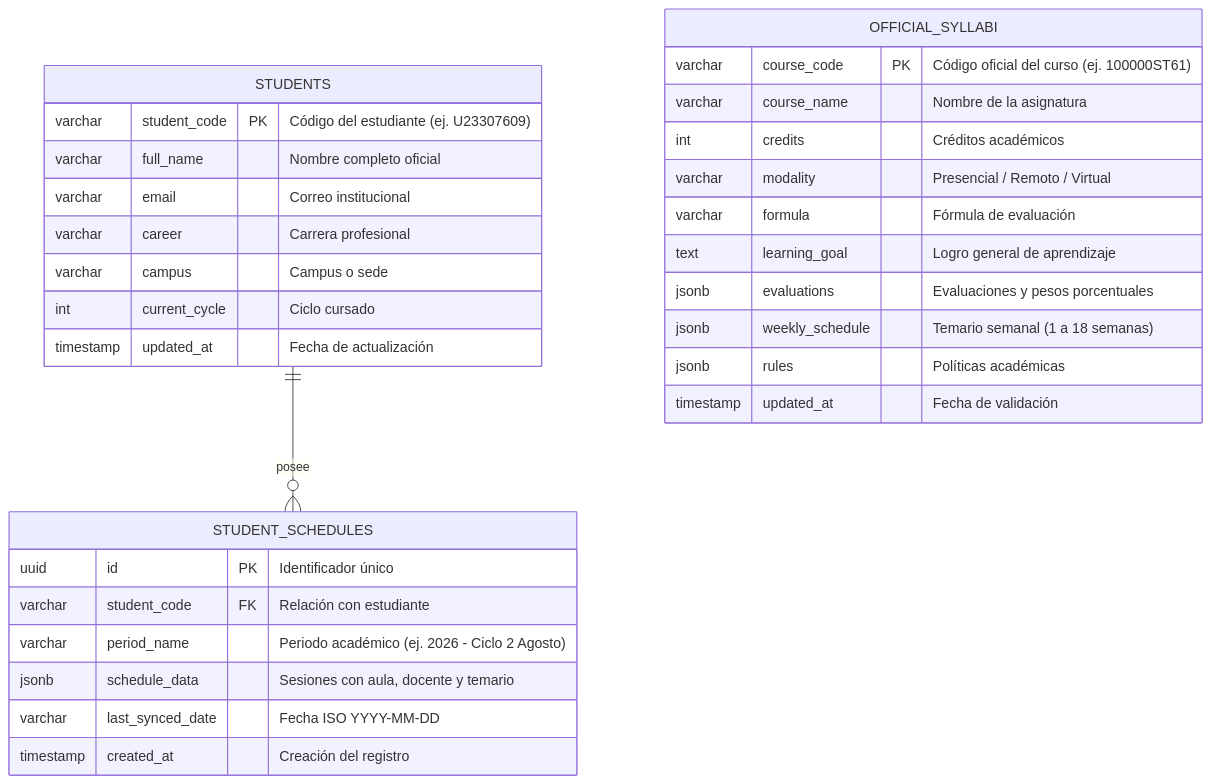
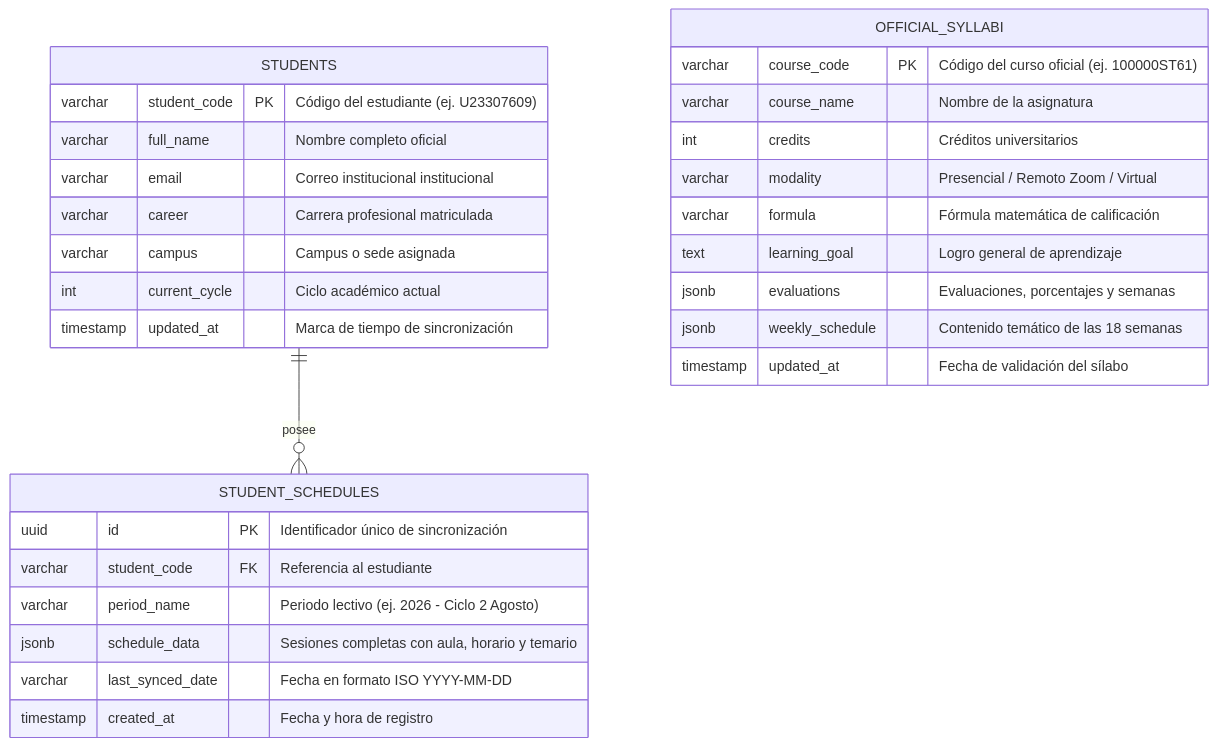
Before and after one commit to Joan2022Laurente/horarioInteligente: the eighth of 9 diagrams in INFORME_TECNICO_PROYECTO.md, drawn with Mermaid. The commit also changed other lines of this file, not shown here.

````diff
--- a/INFORME_TECNICO_PROYECTO.md
+++ b/INFORME_TECNICO_PROYECTO.md
@@ -484,35 +579,34 @@
 ```mermaid
 erDiagram
     STUDENTS ||--o{ STUDENT_SCHEDULES : posee
     STUDENTS {
         varchar student_code PK "Código del estudiante (ej. U23307609)"
         varchar full_name "Nombre completo oficial"
-        varchar email "Correo institucional"
-        varchar career "Carrera profesional"
-        varchar campus "Campus o sede"
-        int current_cycle "Ciclo cursado"
-        timestamp updated_at "Fecha de actualización"
+        varchar email "Correo institucional institucional"
+        varchar career "Carrera profesional matriculada"
+        varchar campus "Campus o sede asignada"
+        int current_cycle "Ciclo académico actual"
+        timestamp updated_at "Marca de tiempo de sincronización"
     }
 
     STUDENT_SCHEDULES {
-        uuid id PK "Identificador único"
-        varchar student_code FK "Relación con estudiante"
-        varchar period_name "Periodo académico (ej. 2026 - Ciclo 2 Agosto)"
-        jsonb schedule_data "Sesiones con aula, docente y temario"
-        varchar last_synced_date "Fecha ISO YYYY-MM-DD"
-        timestamp created_at "Creación del registro"
+        uuid id PK "Identificador único de sincronización"
+        varchar student_code FK "Referencia al estudiante"
+        varchar period_name "Periodo lectivo (ej. 2026 - Ciclo 2 Agosto)"
+        jsonb schedule_data "Sesiones completas con aula, horario y temario"
+        varchar last_synced_date "Fecha en formato ISO YYYY-MM-DD"
+        timestamp created_at "Fecha y hora de registro"
     }
 
     OFFICIAL_SYLLABI {
-        varchar course_code PK "Código oficial del curso (ej. 100000ST61)"
+        varchar course_code PK "Código del curso oficial (ej. 100000ST61)"
         varchar course_name "Nombre de la asignatura"
-        int credits "Créditos académicos"
-        varchar modality "Presencial / Remoto / Virtual"
-        varchar formula "Fórmula de evaluación"
+        int credits "Créditos universitarios"
+        varchar modality "Presencial / Remoto Zoom / Virtual"
+        varchar formula "Fórmula matemática de calificación"
         text learning_goal "Logro general de aprendizaje"
-        jsonb evaluations "Evaluaciones y pesos porcentuales"
-        jsonb weekly_schedule "Temario semanal (1 a 18 semanas)"
-        jsonb rules "Políticas académicas"
-        timestamp updated_at "Fecha de validación"
+        jsonb evaluations "Evaluaciones, porcentajes y semanas"
+        jsonb weekly_schedule "Contenido temático de las 18 semanas"
+        timestamp updated_at "Fecha de validación del sílabo"
     }
 ```
````
